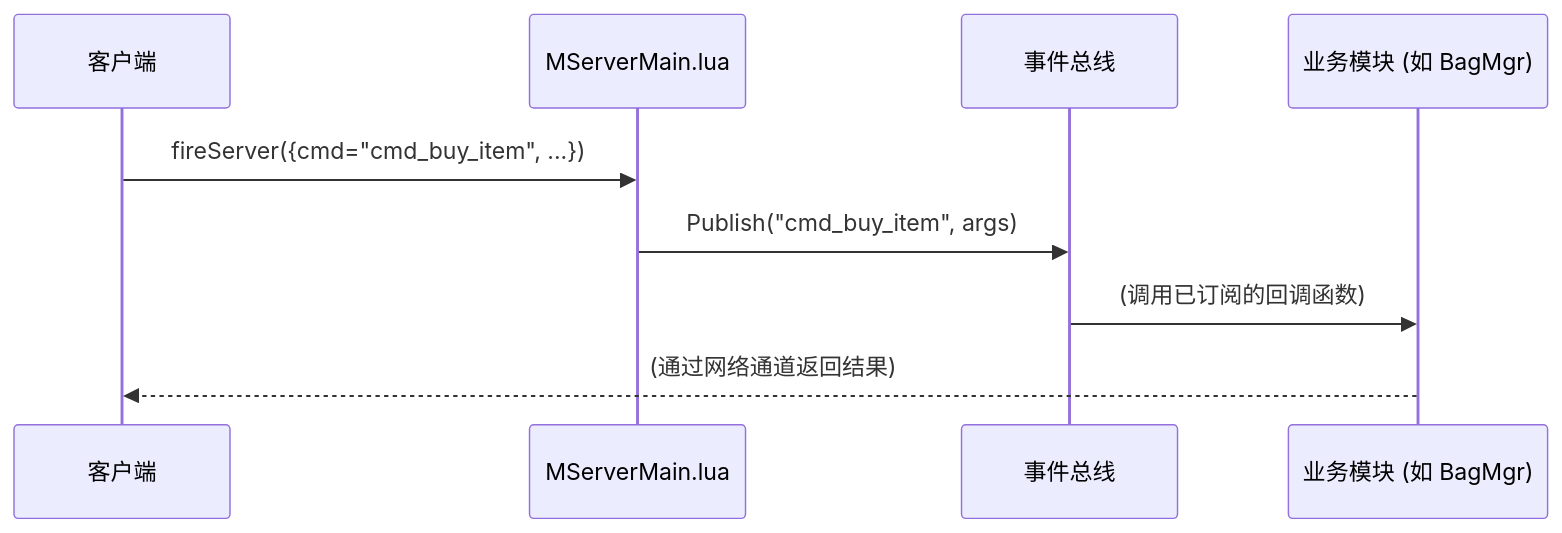
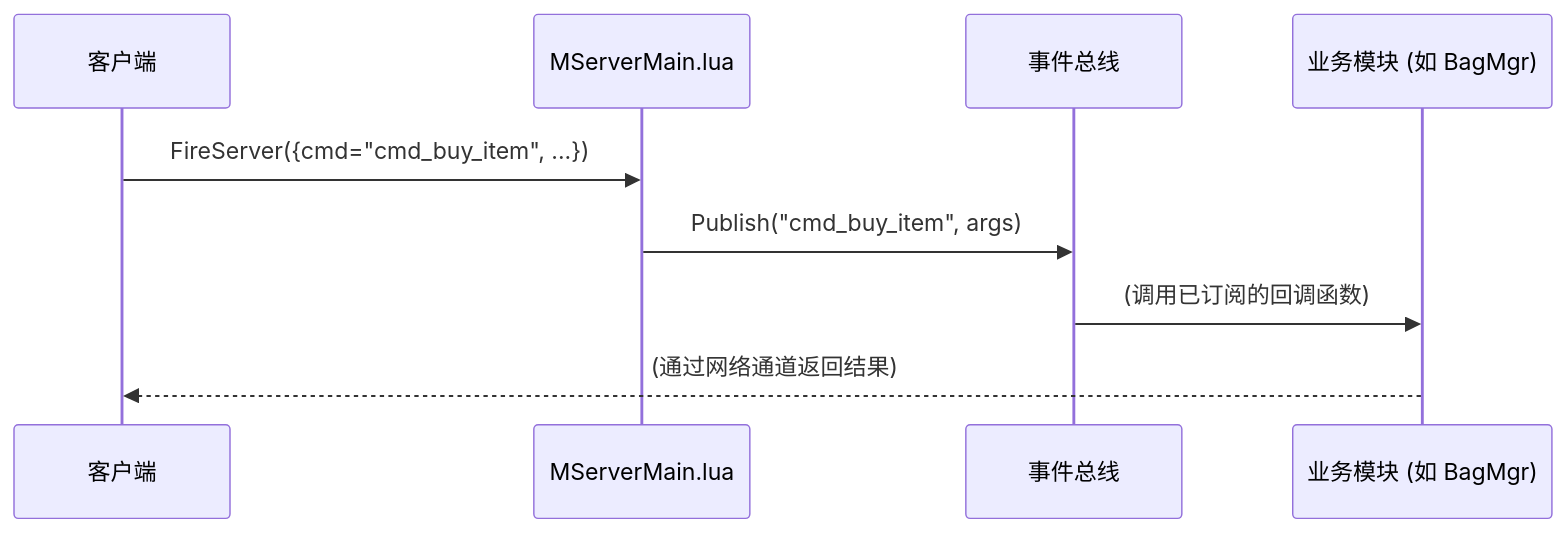
Before and after one commit to HeavenlyJade/mini_game_word: the first of 2 diagrams in docs/系统文档/服务端事件通信机制.md, drawn with Mermaid. The commit also changed other lines of this file and 25 other files, not shown here.

````diff
--- a/docs/系统文档/服务端事件通信机制.md
+++ b/docs/系统文档/服务端事件通信机制.md
@@ -30,12 +30,12 @@
   ```mermaid
   sequenceDiagram
       participant Client as 客户端
       participant MServerMain as MServerMain.lua
       participant ServerEventManager as 事件总线
       participant LogicModule as 业务模块 (如 BagMgr)
 
-      Client->>MServerMain: fireServer({cmd="cmd_buy_item", ...})
+      Client->>MServerMain: FireServer({cmd="cmd_buy_item", ...})
       MServerMain->>ServerEventManager: Publish("cmd_buy_item", args)
       ServerEventManager->>LogicModule: (调用已订阅的回调函数)
       LogicModule-->>Client: (通过网络通道返回结果)
   ```
````
